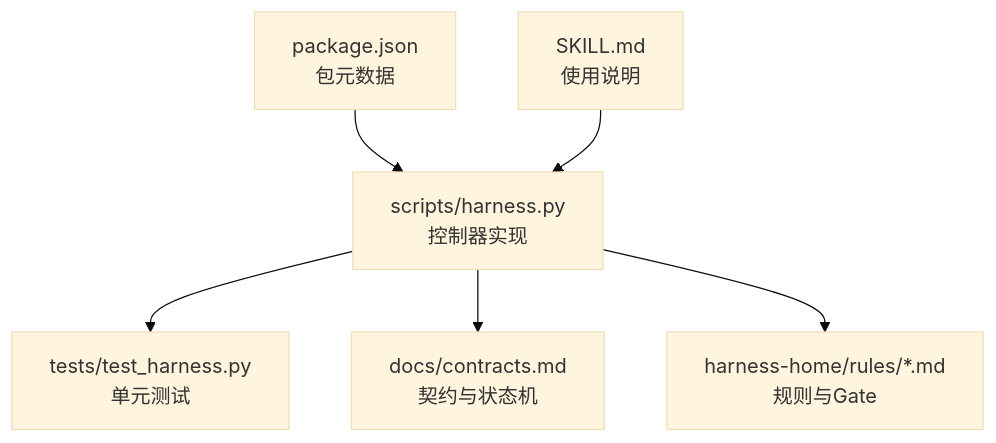
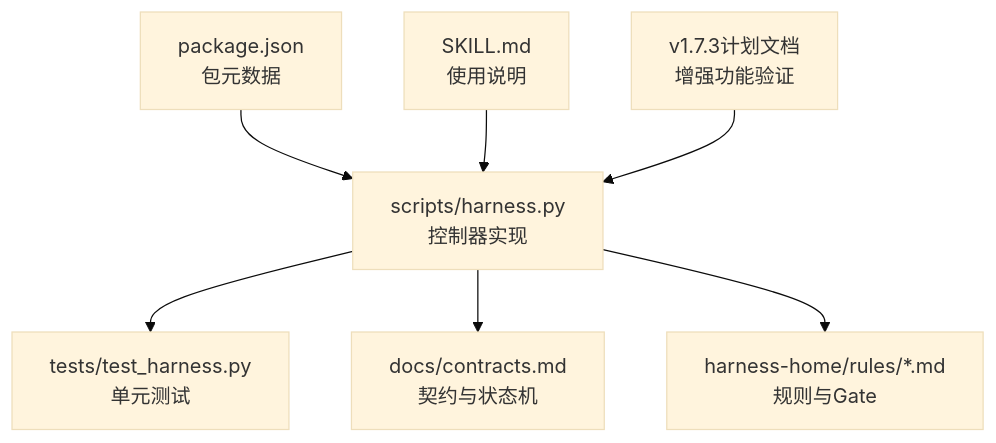
The first of 4 diagrams in .qoder/repowiki/zh/content/任务管理/任务生命周期管理.md (HackSing/docs-harness), drawn with Mermaid (base theme) before and after one commit. The commit also changed other lines of this file and 45 other files, not shown here.

First line of the commit message:
feat(harness): v1.7.6 按变更面选择验证强度、git_commit 受控意图与关键词 Gate 路由移除

````diff
--- a/.qoder/repowiki/zh/content/任务管理/任务生命周期管理.md
+++ b/.qoder/repowiki/zh/content/任务管理/任务生命周期管理.md
@@ -34,8 +44,9 @@
 ```mermaid
 graph TB
 A["scripts/harness.py<br/>控制器实现"] --> B["tests/test_harness.py<br/>单元测试"]
 A --> C["docs/contracts.md<br/>契约与状态机"]
 A --> D["harness-home/rules/*.md<br/>规则与Gate"]
 E["package.json<br/>包元数据"] --> A
 F["SKILL.md<br/>使用说明"] --> A
+G["v1.7.3计划文档<br/>增强功能验证"] --> A
 ```
````
